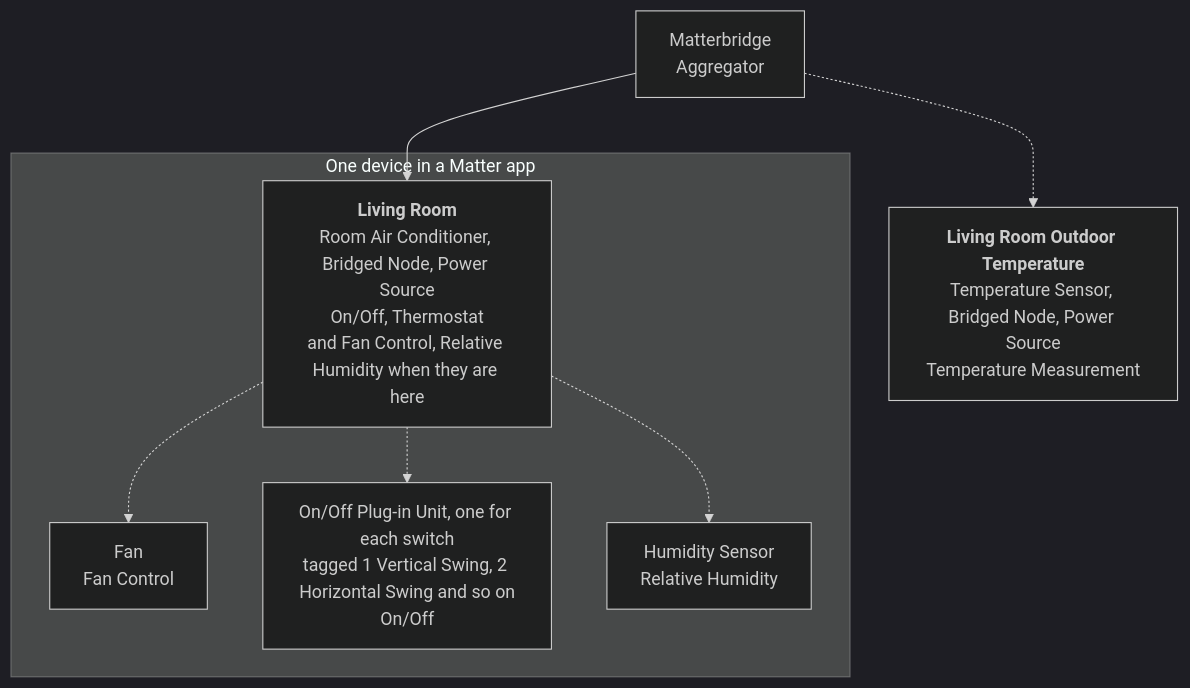
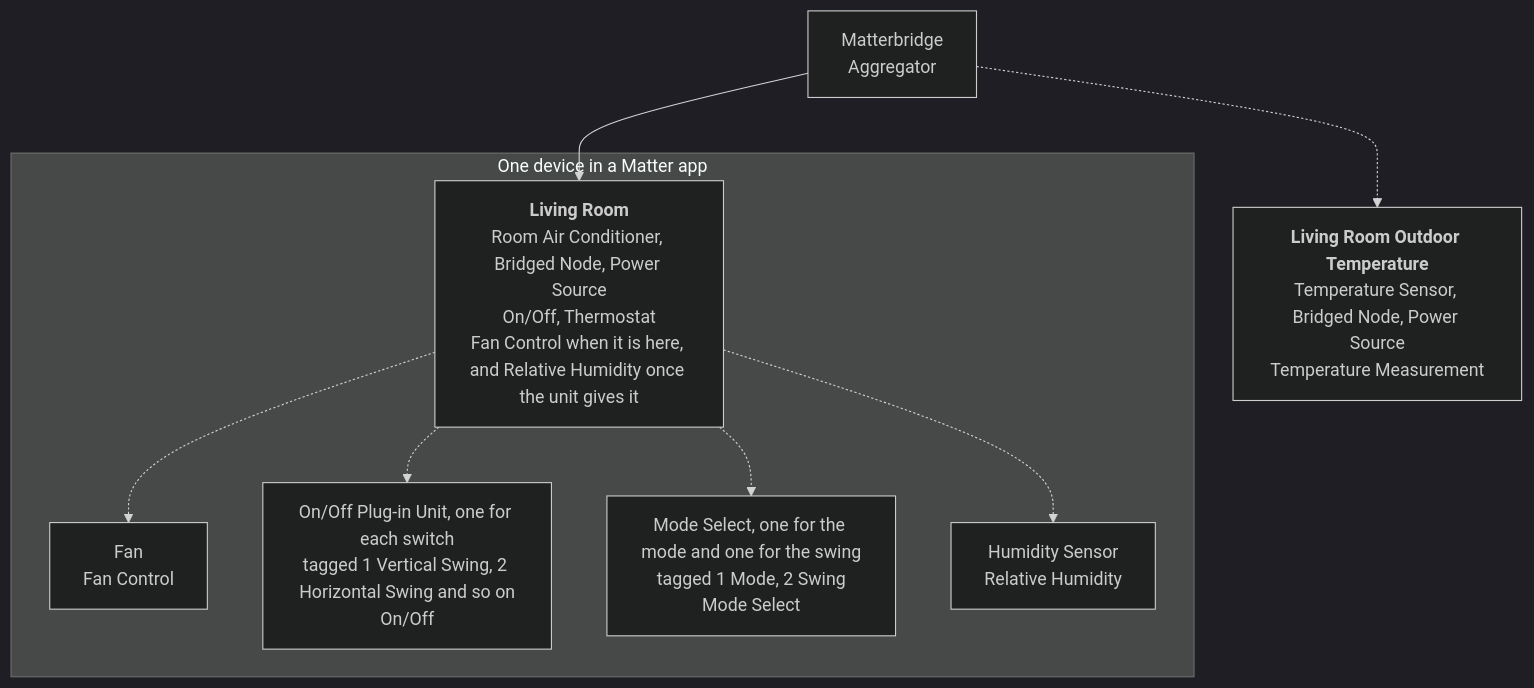
Before and after one commit to cheziyi/matterbridge-daikin-local: the first of 2 diagrams in README.md, drawn with Mermaid (dark theme). The commit also changed other lines of this file and 16 other files, not shown here.

First line of the commit message:
Add mode selects for the mode and the swing, and keep the humidity on the air conditioner (#10)

````diff
--- a/README.md
+++ b/README.md
@@ -116,16 +116,18 @@
 ```mermaid
 flowchart TD
     bridge["Matterbridge<br/>Aggregator"]
     subgraph device["One device in a Matter app"]
-        ac["<b>Living Room</b><br/>Room Air Conditioner, Bridged Node, Power Source<br/>On/Off, Thermostat<br/>and Fan Control, Relative Humidity when they are here"]
+        ac["<b>Living Room</b><br/>Room Air Conditioner, Bridged Node, Power Source<br/>On/Off, Thermostat<br/>Fan Control when it is here, and Relative Humidity once the unit gives it"]
         fan["Fan<br/>Fan Control"]
         switches["On/Off Plug-in Unit, one for each switch<br/>tagged 1 Vertical Swing, 2 Horizontal Swing and so on<br/>On/Off"]
+        selects["Mode Select, one for the mode and one for the swing<br/>tagged 1 Mode, 2 Swing<br/>Mode Select"]
         humidity["Humidity Sensor<br/>Relative Humidity"]
     end
     outdoor["<b>Living Room Outdoor Temperature</b><br/>Temperature Sensor, Bridged Node, Power Source<br/>Temperature Measurement"]
     bridge --> ac
     ac -.-> fan
     ac -.-> switches
+    ac -.-> selects
     ac -.-> humidity
     bridge -.-> outdoor
 ```
````
